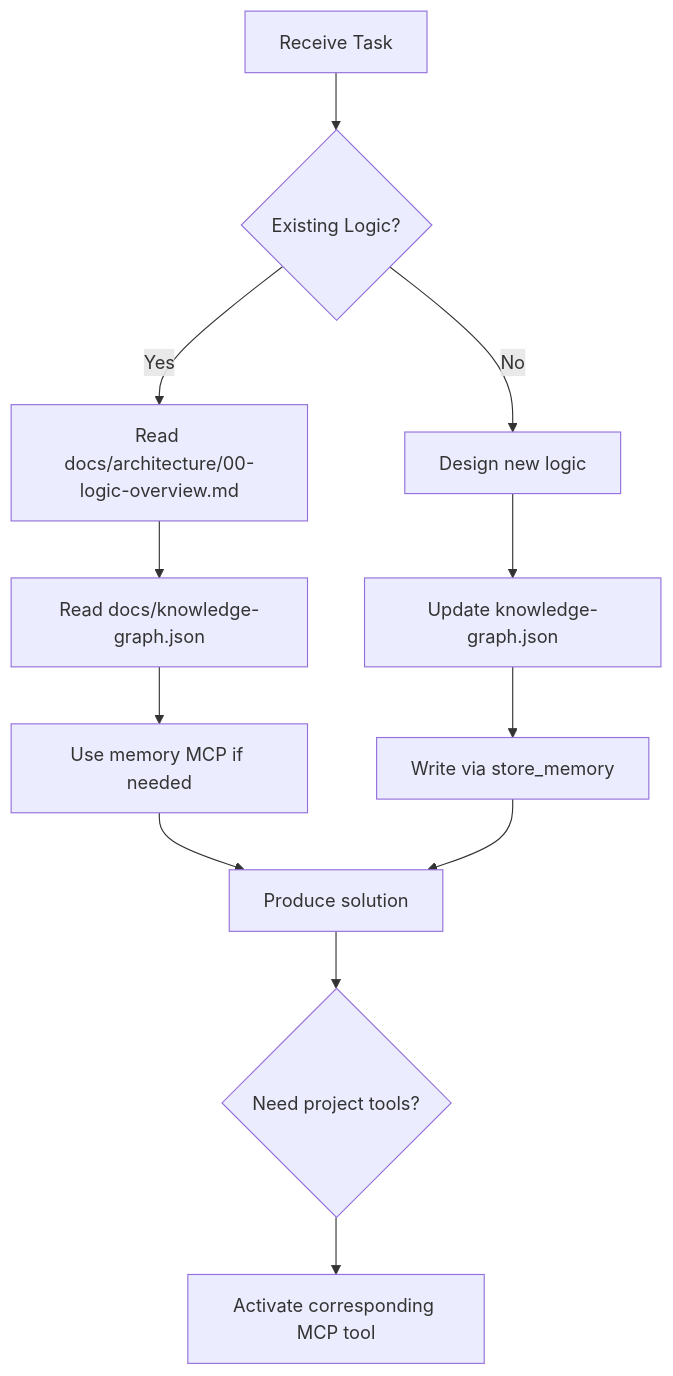
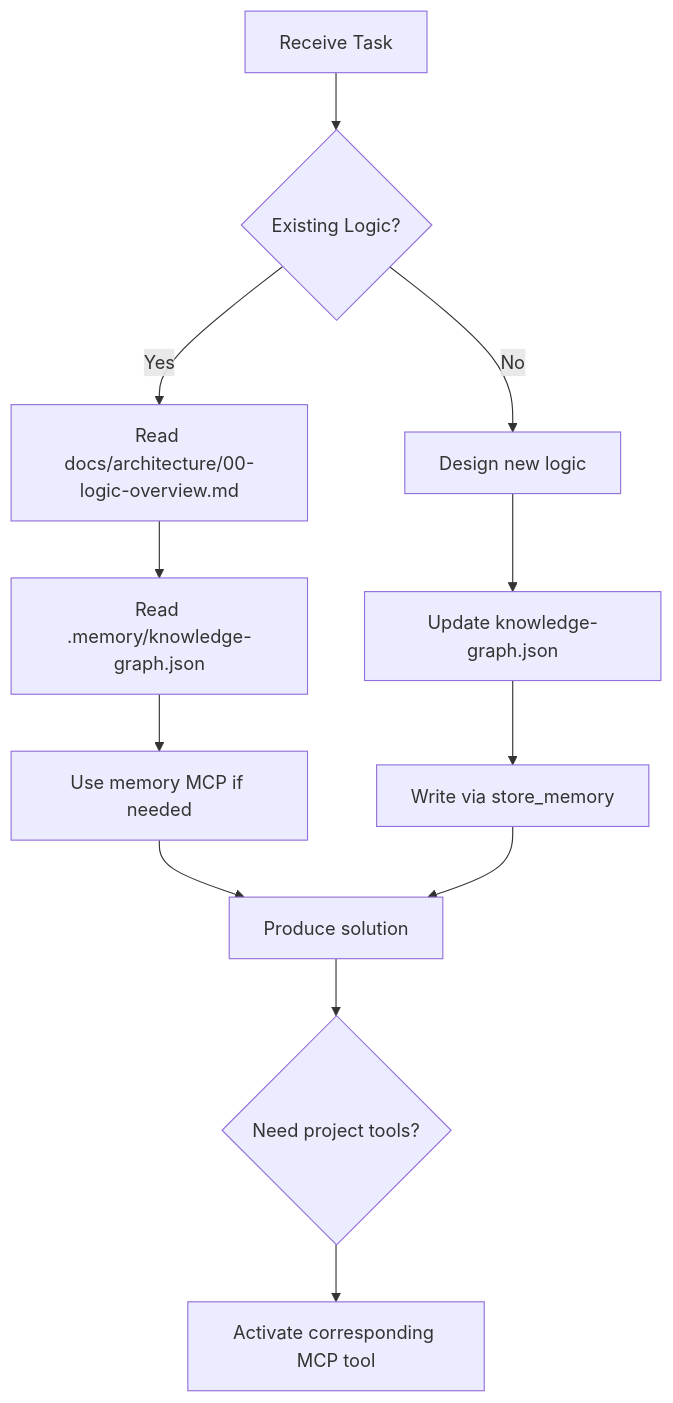
One commit to 7Spade/Xuanwu changed the diagram in .github/copilot-instructions.md. Above: the diagram before and after it, drawn with Mermaid. The commit also changed other lines of this file and 7 other files, not shown here.

````diff
--- a/.github/copilot-instructions.md
+++ b/.github/copilot-instructions.md
@@ -140,18 +140,18 @@
 ```mermaid
 flowchart TD
 
 A[Receive Task] --> B{Existing Logic?}
 
 B -- Yes --> C[Read docs/architecture/00-logic-overview.md]
-C --> D[Read docs/knowledge-graph.json]
+C --> D[Read .memory/knowledge-graph.json]
 D --> E[Use memory MCP if needed]
 E --> F[Produce solution]
 
 B -- No --> G[Design new logic]
 G --> H[Update knowledge-graph.json]
 H --> I[Write via store_memory]
 I --> F
 
 F --> J{Need project tools?}
 J --> K[Activate corresponding MCP tool]
 ```
````
